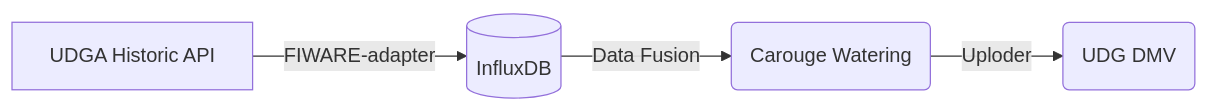
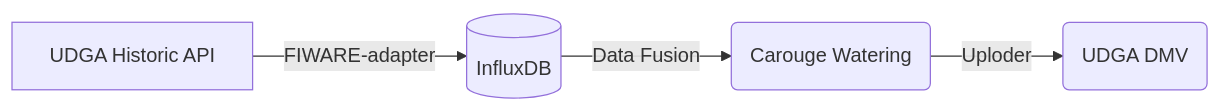
The first of 3 diagrams in README.md (naiades-jsi/documentation), drawn with Mermaid before and after one commit. The commit also changed other lines of this file, not shown here.

Commit message:
Fixing typo

````diff
--- a/README.md
+++ b/README.md
@@ -79,6 +79,6 @@
 ```mermaid
 graph LR
     A[UDGA Historic API] --> |FIWARE-adapter| B[(InfluxDB)]
     B --> |Data Fusion| C(Carouge Watering)
-    C --> |Uploder| D(UDG DMV)
+    C --> |Uploder| D(UDGA DMV)
 ```
````
